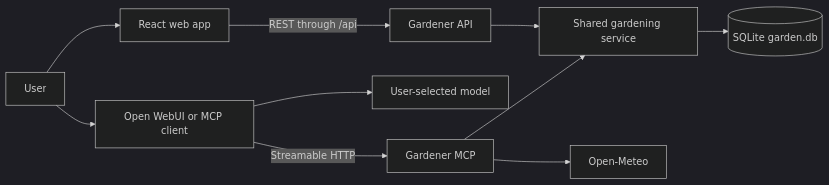
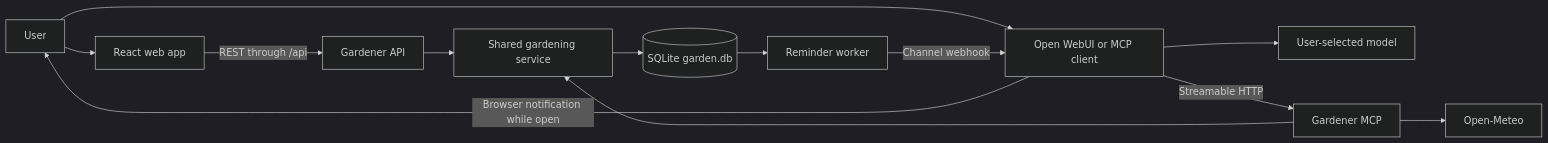
Before and after one commit to shahriya1995/Intelligent-Gardening: the diagram in README.md, drawn with Mermaid (dark theme). The commit also changed other lines of this file and 15 other files, not shown here.

Commit message:
Add SQLite task reminders delivered to Open WebUI

````diff
--- a/README.md
+++ b/README.md
@@ -9,13 +9,16 @@
 ```mermaid
 flowchart LR
     User[User]
     User --> Web[React web app]
     Web -->|REST through /api| API[Gardener API]
     User --> Client[Open WebUI or MCP client]
     Client --> Model[User-selected model]
     Client -->|Streamable HTTP| MCP[Gardener MCP]
     API --> Service[Shared gardening service]
     MCP --> Service
     Service --> DB[(SQLite garden.db)]
     MCP --> Weather[Open-Meteo]
+    DB --> Reminders[Reminder worker]
+    Reminders -->|Channel webhook| Client
+    Client -->|Browser notification while open| User
 ```
````
